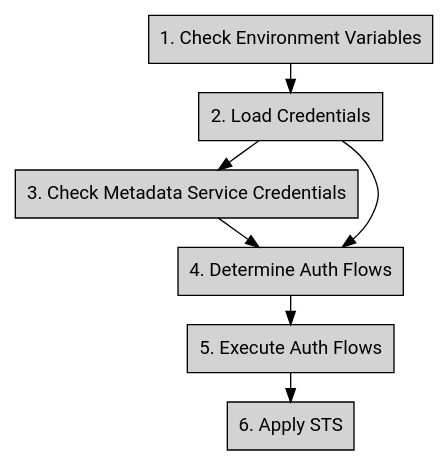
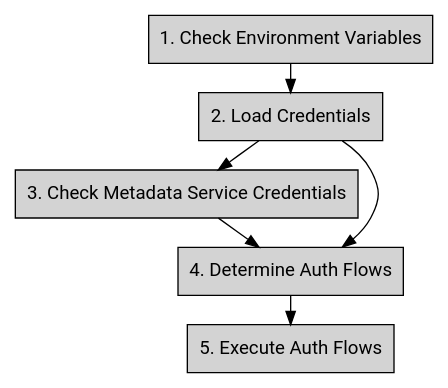
One commit to aip-dev/google.aip.dev changed the diagram in aip/auth/4110.md. Above: the diagram before and after it, drawn with Graphviz. The commit also changed other lines of this file, not shown here.

````diff
--- a/aip/auth/4110.md
+++ b/aip/auth/4110.md
@@ -101,18 +101,16 @@
 ```graphviz
 digraph d_front_back {
   rankdir=TB;
   ranksep=0.3;
   node [ style="filled,solid" shape=box fontname="Roboto" ];
 
   check_env_var [ label="1. Check Environment Variables" ];
   load_credentials [ label="2. Load Credentials" ];
   check_metadata [ label="3. Check Metadata Service Credentials" ];
   auth_flows [ label="4. Determine Auth Flows" ];
   execute [ label="5. Execute Auth Flows" ];
-  sts [ label="6. Apply STS" ];
 
-  check_env_var -> load_credentials -> check_metadata ->auth_flows -> execute ->
-  sts;
+  check_env_var -> load_credentials -> check_metadata ->auth_flows -> execute;
   load_credentials -> auth_flows;
 }
 ```
````
